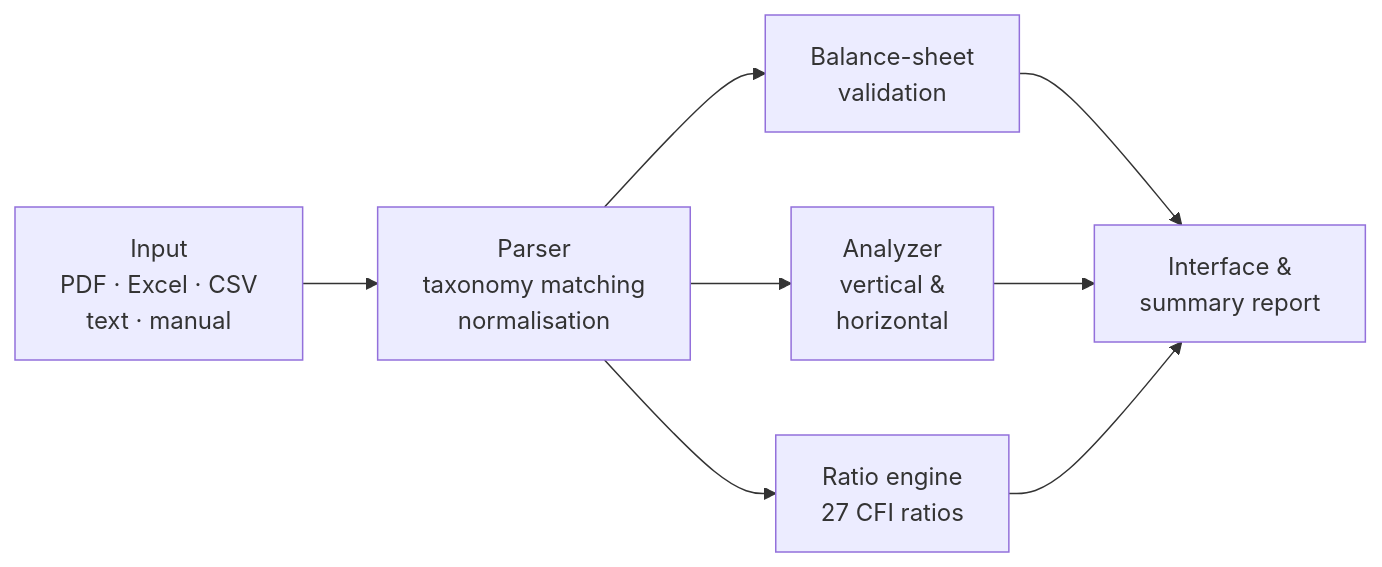
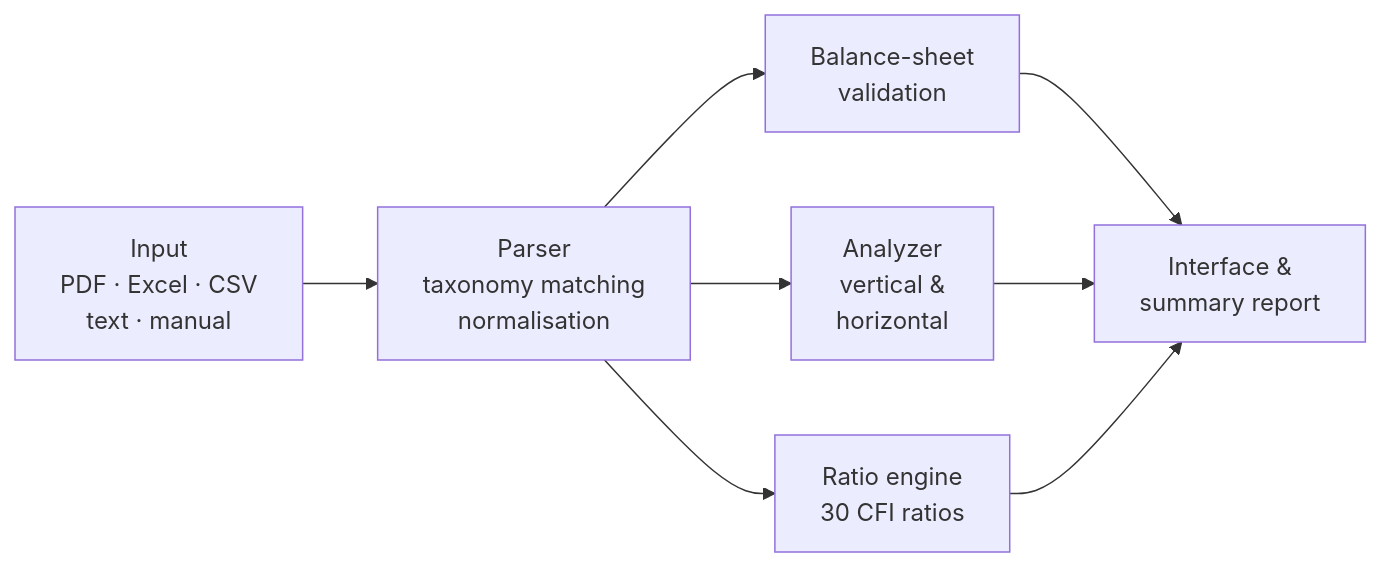
One commit to jacobconradquendangan-portfolio/Numera changed the diagram in README.md. Above: the diagram before and after it, drawn with Mermaid. The commit also changed other lines of this file and 21 other files, not shown here.

````diff
--- a/README.md
+++ b/README.md
@@ -86,10 +88,10 @@
 ```mermaid
 flowchart LR
   A["Input<br/>PDF · Excel · CSV<br/>text · manual"] --> B["Parser<br/>taxonomy matching<br/>normalisation"]
   B --> C["Balance-sheet<br/>validation"]
   B --> D["Analyzer<br/>vertical &<br/>horizontal"]
-  B --> E["Ratio engine<br/>27 CFI ratios"]
+  B --> E["Ratio engine<br/>30 CFI ratios"]
   C --> F["Interface &<br/>summary report"]
   D --> F
   E --> F
 ```
````
